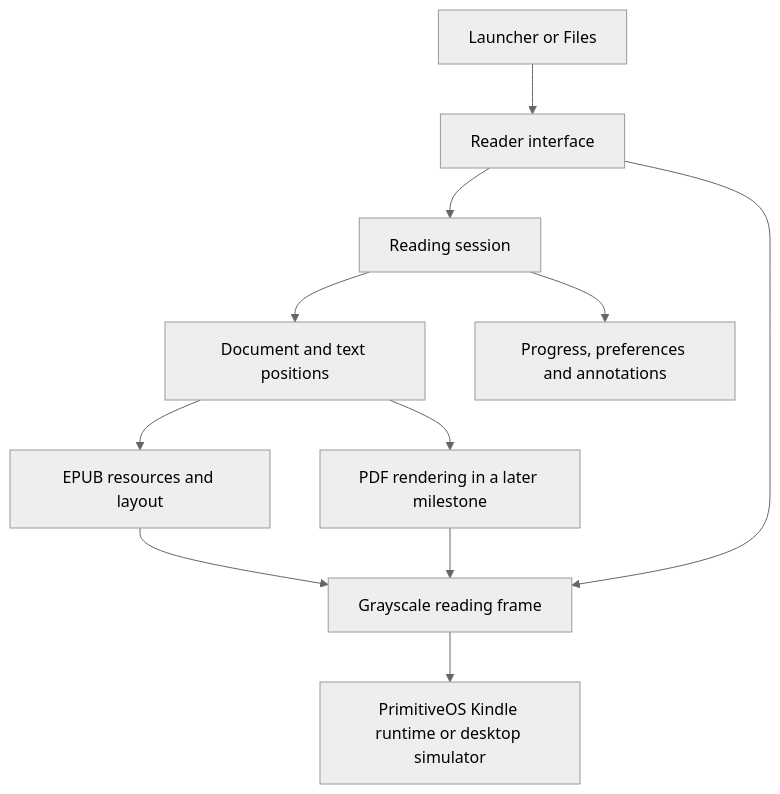
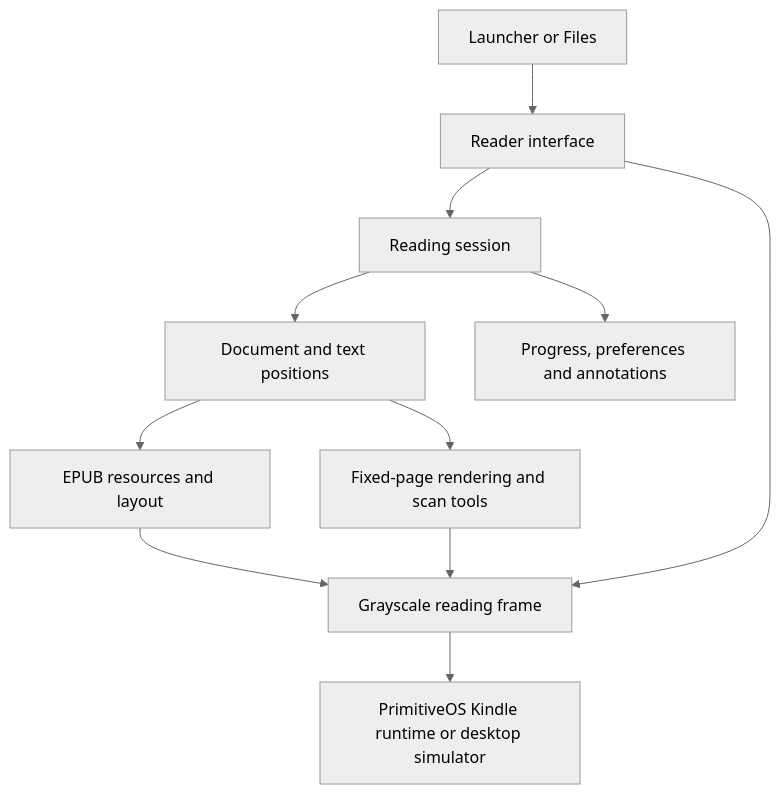
One commit to PrimitiveOS/kindle-primitive-reader changed the diagram in docs/architecture.md. Above: the diagram before and after it, drawn with Mermaid (neutral theme). The commit also changed other lines of this file and 28 other files, not shown here.

````diff
--- a/docs/architecture.md
+++ b/docs/architecture.md
@@ -14,13 +14,13 @@
 ```mermaid
 flowchart TD
     ENTRY["Launcher or Files"] --> UI["Reader interface"]
     UI --> SESSION["Reading session"]
     SESSION --> BOOK["Document and text positions"]
     SESSION --> STATE["Progress, preferences and annotations"]
     BOOK --> EPUB["EPUB resources and layout"]
-    BOOK --> PDF["PDF rendering in a later milestone"]
+    BOOK --> PDF["Fixed-page rendering and scan tools"]
     EPUB --> FRAME["Grayscale reading frame"]
     PDF --> FRAME
     UI --> FRAME
     FRAME --> RUNTIME["PrimitiveOS Kindle runtime or desktop simulator"]
 ```
````
